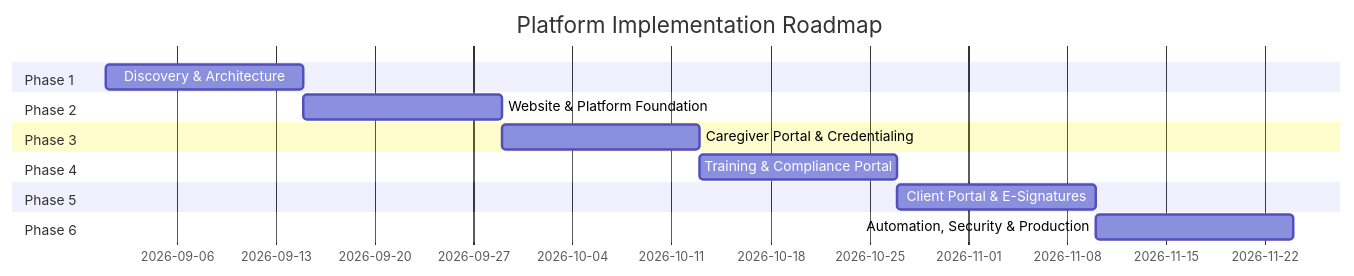
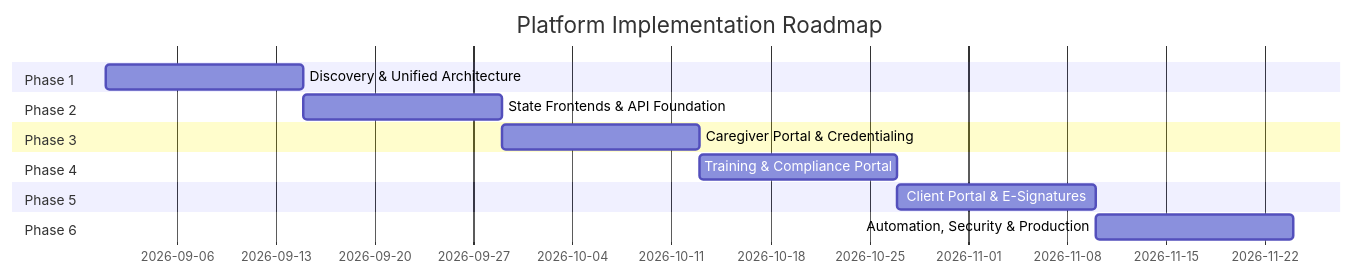
One commit to jico19/Crystal changed the third of 3 diagrams in docs/context.md. Above: the diagram before and after it, drawn with Mermaid. The commit also changed other lines of this file and 90 other files, not shown here.

````diff
--- a/docs/context.md
+++ b/docs/context.md
@@ -193,17 +275,17 @@
 ```mermaid
 gantt
     title Platform Implementation Roadmap
     dateFormat  YYYY-MM-DD
     section Phase 1
-    Discovery & Architecture           :p1, 2026-09-01, 14d
+    Discovery & Unified Architecture   :p1, 2026-09-01, 14d
     section Phase 2
-    Website & Platform Foundation      :p2, after p1, 14d
+    State Frontends & API Foundation   :p2, after p1, 14d
     section Phase 3
     Caregiver Portal & Credentialing   :p3, after p2, 14d
     section Phase 4
     Training & Compliance Portal       :p4, after p3, 14d
     section Phase 5
     Client Portal & E-Signatures       :p5, after p4, 14d
     section Phase 6
     Automation, Security & Production  :p6, after p5, 14d
 ```
````
